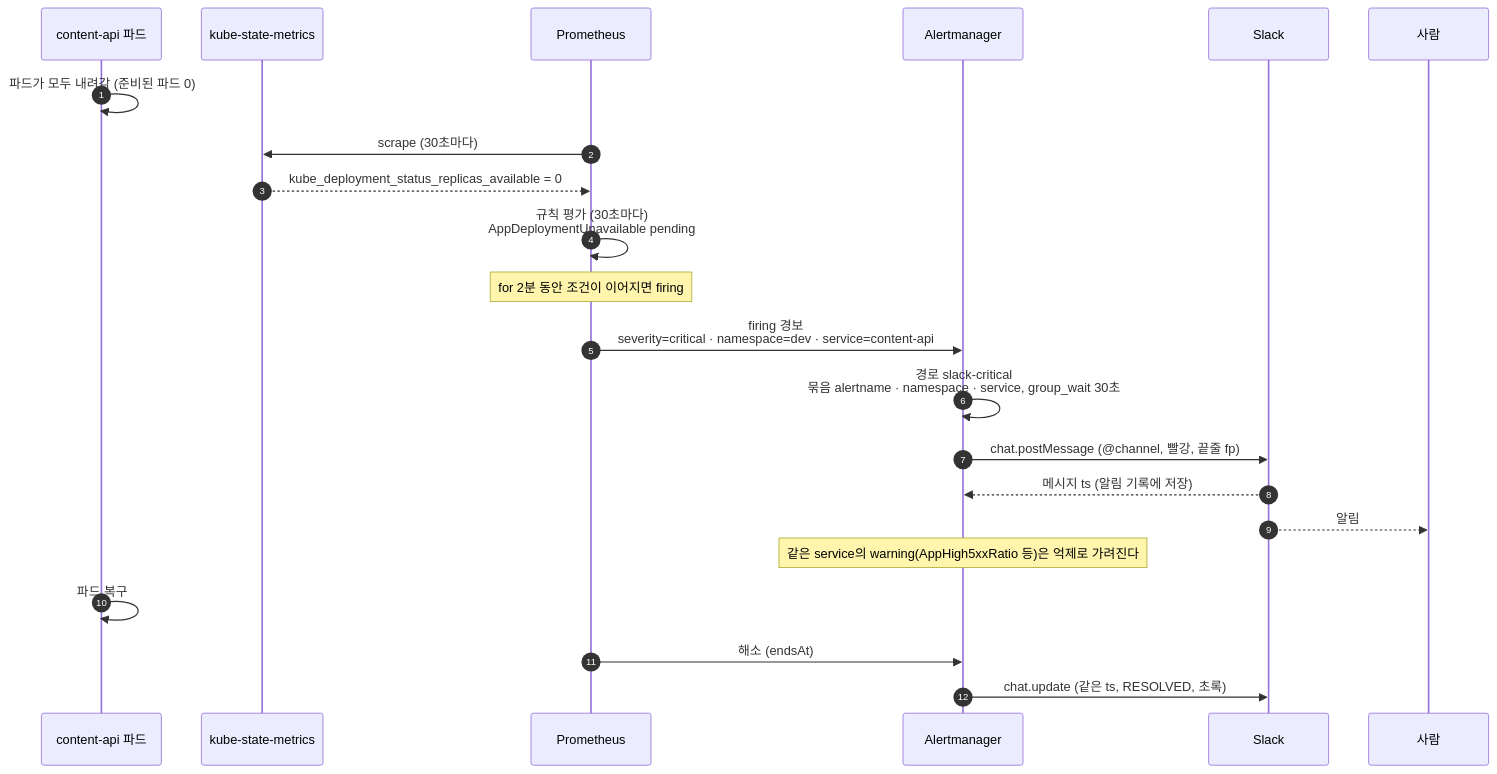
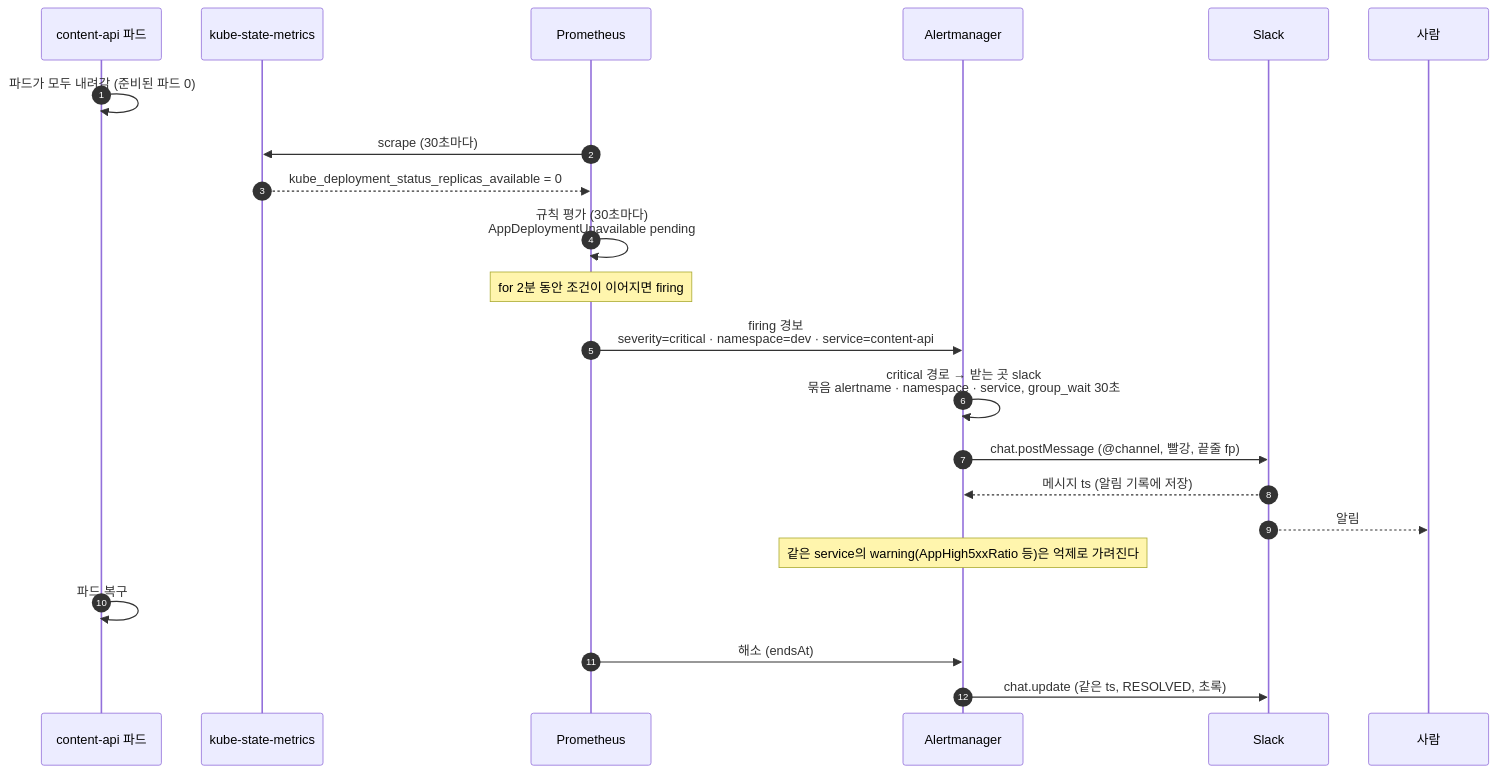
One commit to soma-lorekeeper/docs changed the second of 10 diagrams in ALERTING_ARCHITECTURE.md. Above: the diagram before and after it, drawn with Mermaid. The commit also changed other lines of this file and 5 other files, not shown here.

````diff
--- a/ALERTING_ARCHITECTURE.md
+++ b/ALERTING_ARCHITECTURE.md
@@ -78,25 +79,25 @@
 ```mermaid
 sequenceDiagram
   autonumber
   participant App as content-api 파드
   participant KSM as kube-state-metrics
   participant P as Prometheus
   participant AM as Alertmanager
   participant S as Slack
   participant U as 사람
 
   App->>App: 파드가 모두 내려감 (준비된 파드 0)
   P->>KSM: scrape (30초마다)
   KSM-->>P: kube_deployment_status_replicas_available = 0
   P->>P: 규칙 평가 (30초마다)<br/>AppDeploymentUnavailable pending
   Note over P: for 2분 동안 조건이 이어지면 firing
   P->>AM: firing 경보<br/>severity=critical · namespace=dev · service=content-api
-  AM->>AM: 경로 slack-critical<br/>묶음 alertname · namespace · service, group_wait 30초
+  AM->>AM: critical 경로 → 받는 곳 slack<br/>묶음 alertname · namespace · service, group_wait 30초
   AM->>S: chat.postMessage (@channel, 빨강, 끝줄 fp)
   S-->>AM: 메시지 ts (알림 기록에 저장)
   S-->>U: 알림
   Note over AM: 같은 service의 warning(AppHigh5xxRatio 등)은 억제로 가려진다
   App->>App: 파드 복구
   P->>AM: 해소 (endsAt)
   AM->>S: chat.update (같은 ts, RESOLVED, 초록)
 ```
````
